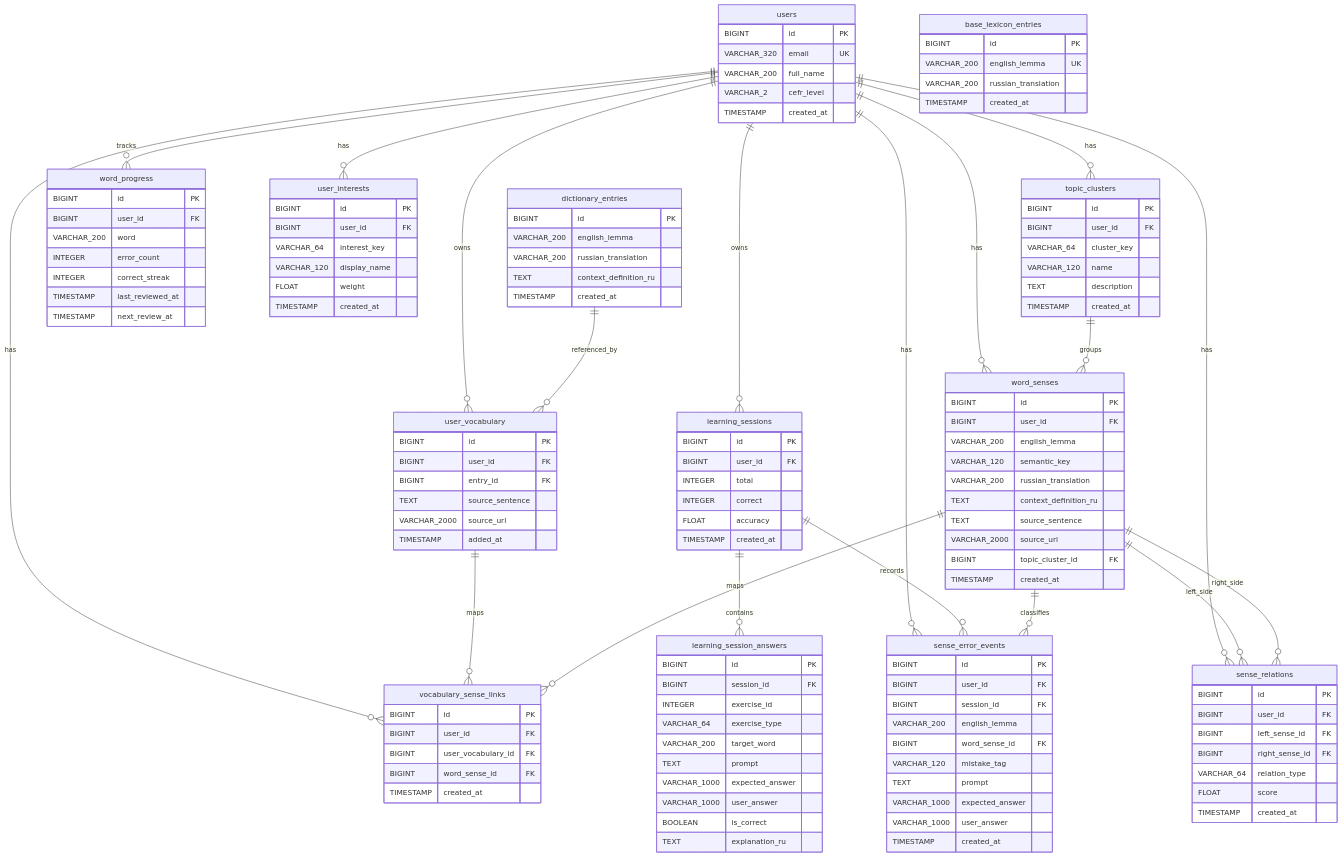
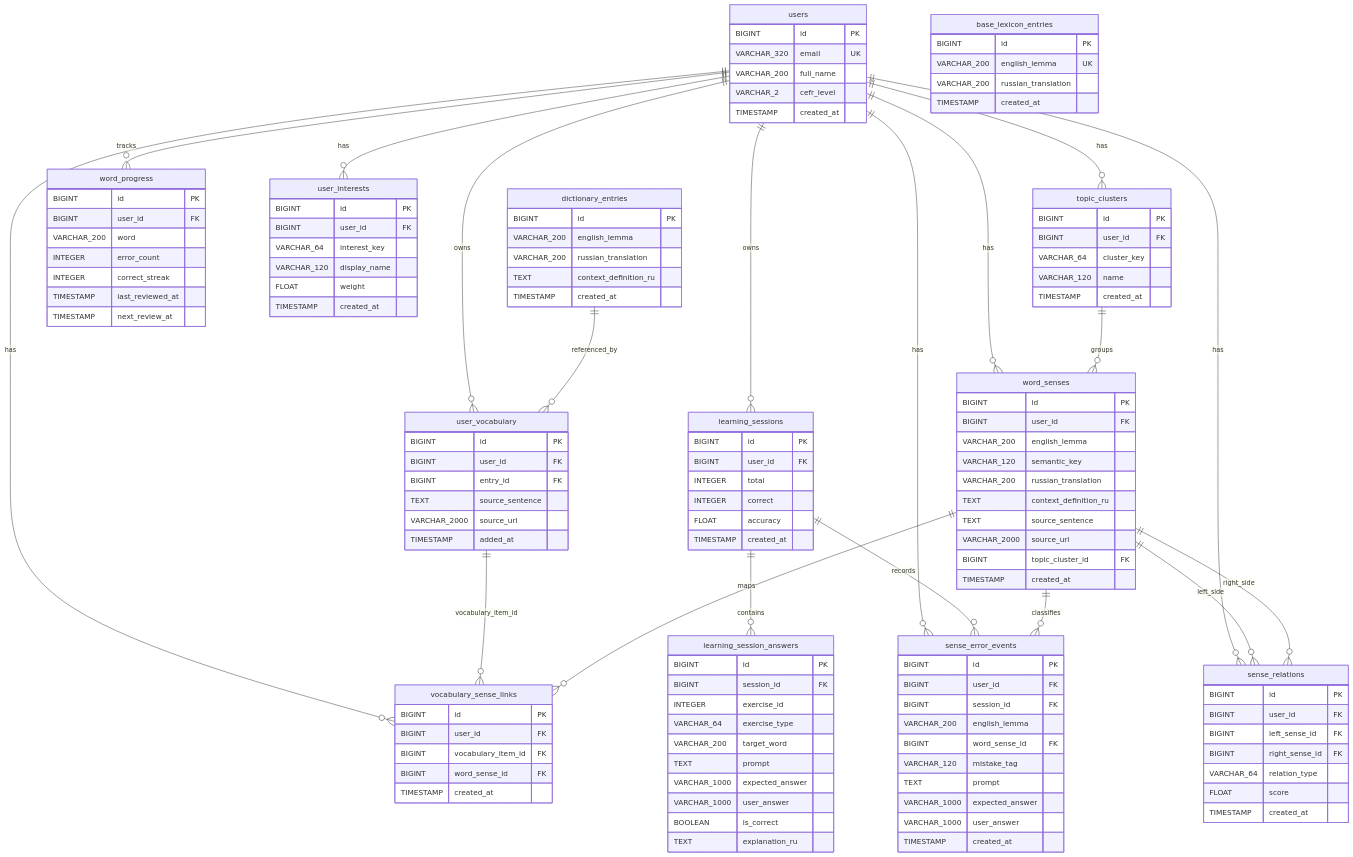
One commit to Alena172/VKR_MIREA changed the diagram in docs/database_schema.md. Above: the diagram before and after it, drawn with Mermaid. The commit also changed other lines of this file and 5 other files, not shown here.

Commit message:
refactor: update architecture documentation and module descriptions to reflect recent structural changes, enhance clarity on module responsibilities, and improve overall consistency in project documentation

```diff
--- a/docs/database_schema.md
+++ b/docs/database_schema.md
@@ -175,7 +177,6 @@
         BIGINT user_id FK
         VARCHAR_64 cluster_key
         VARCHAR_120 name
-        TEXT description
         TIMESTAMP created_at
     }
 
@@ -195,7 +196,7 @@
     vocabulary_sense_links {
         BIGINT id PK
         BIGINT user_id FK
-        BIGINT user_vocabulary_id FK
+        BIGINT vocabulary_item_id FK
         BIGINT word_sense_id FK
         TIMESTAMP created_at
     }
@@ -236,7 +237,7 @@
     dictionary_entries ||--o{ user_vocabulary : referenced_by
     learning_sessions ||--o{ learning_session_answers : contains
     topic_clusters ||--o{ word_senses : groups
-    user_vocabulary ||--o{ vocabulary_sense_links : maps
+    user_vocabulary ||--o{ vocabulary_sense_links : vocabulary_item_id
     word_senses ||--o{ vocabulary_sense_links : maps
     word_senses ||--o{ sense_relations : left_side
     word_senses ||--o{ sense_relations : right_side
```
